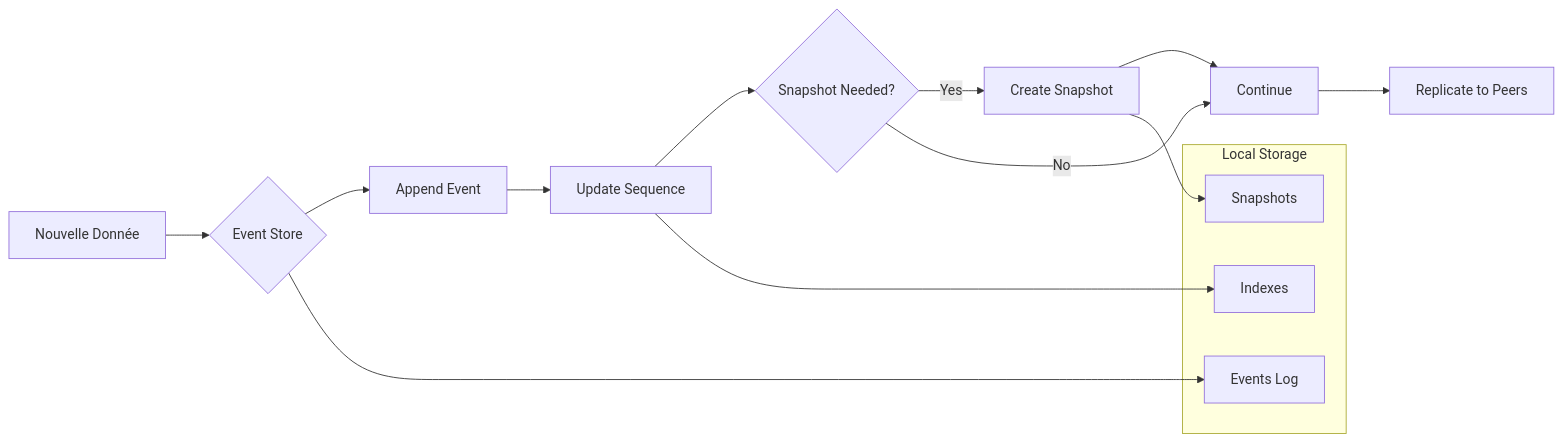
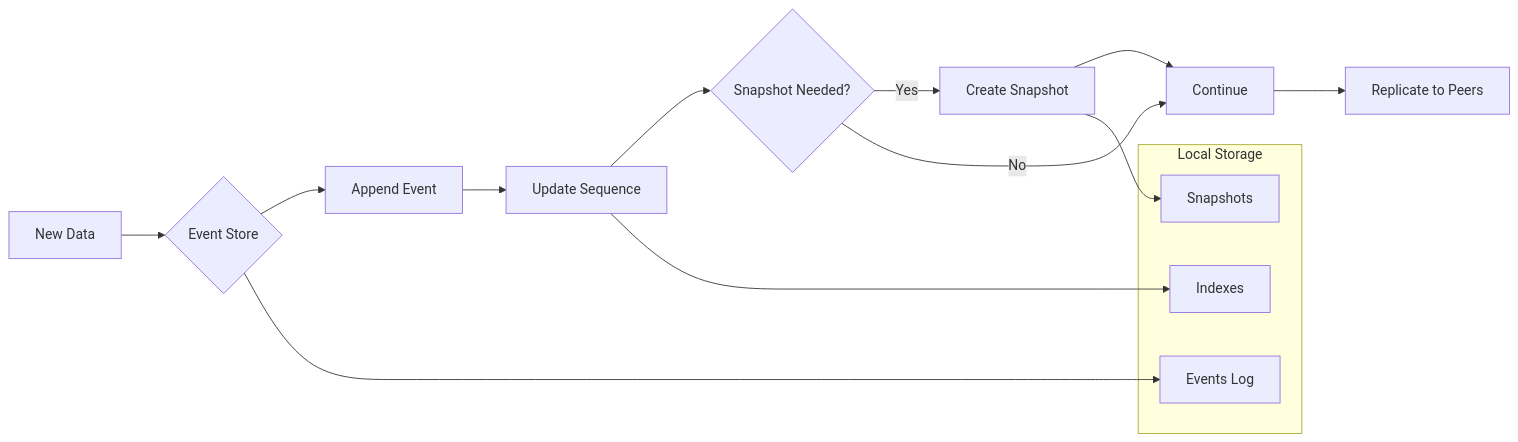
The sixth of 9 diagrams in docs/architecture/data-flow.md (lithair/lithair), drawn with Mermaid before and after one commit. The commit also changed other lines of this file and 84 other files, not shown here.

````diff
--- a/docs/architecture/data-flow.md
+++ b/docs/architecture/data-flow.md
@@ -177,21 +177,21 @@
 ```mermaid
 flowchart LR
-    A[Nouvelle Donnée] --> B{Event Store}
+    A[New Data] --> B{Event Store}
     B --> C[Append Event]
     C --> D[Update Sequence]
     D --> E{Snapshot Needed?}
     E -->|Yes| F[Create Snapshot]
     E -->|No| G[Continue]
     F --> G
     G --> H[Replicate to Peers]
-    
+
     subgraph "Local Storage"
         I[Events Log]
         J[Snapshots]
         K[Indexes]
     end
-    
+
     B --> I
     F --> J
     D --> K
 ```
````
